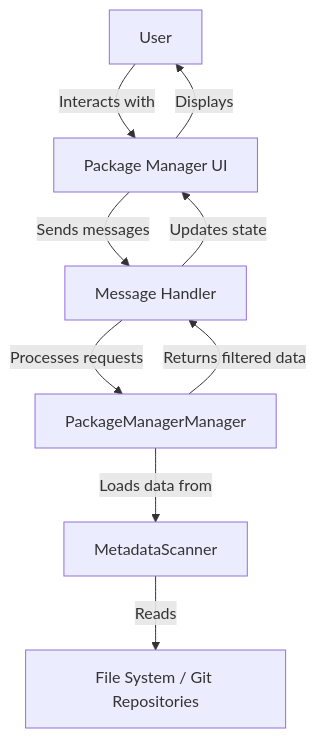
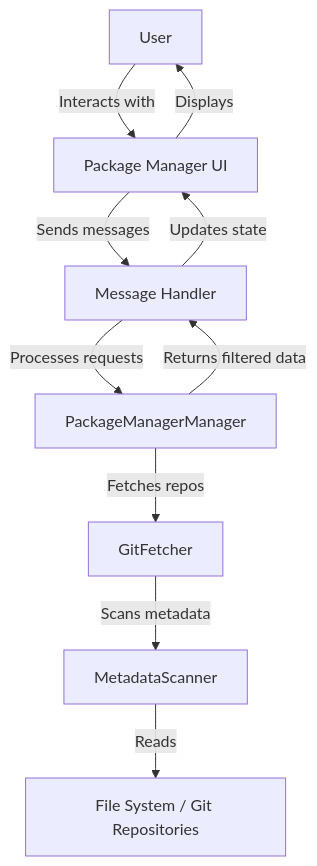
One commit to Smartsheet-JB-Brown/Roo-Code changed the first of 5 diagrams in cline_docs/package-manager/implementation/01-architecture.md. Above: the diagram before and after it, drawn with Mermaid. The commit also changed other lines of this file and 3 other files, not shown here.

````diff
--- a/cline_docs/package-manager/implementation/01-architecture.md
+++ b/cline_docs/package-manager/implementation/01-architecture.md
@@ -11,11 +11,12 @@
 ```mermaid
 graph TD
     User[User] -->|Interacts with| UI[Package Manager UI]
     UI -->|Sends messages| MH[Message Handler]
     MH -->|Processes requests| PM[PackageManagerManager]
-    PM -->|Loads data from| MS[MetadataScanner]
+    PM -->|Fetches repos| GF[GitFetcher]
+    GF -->|Scans metadata| MS[MetadataScanner]
     MS -->|Reads| FS[File System / Git Repositories]
     PM -->|Returns filtered data| MH
     MH -->|Updates state| UI
     UI -->|Displays| User
 ```
````
